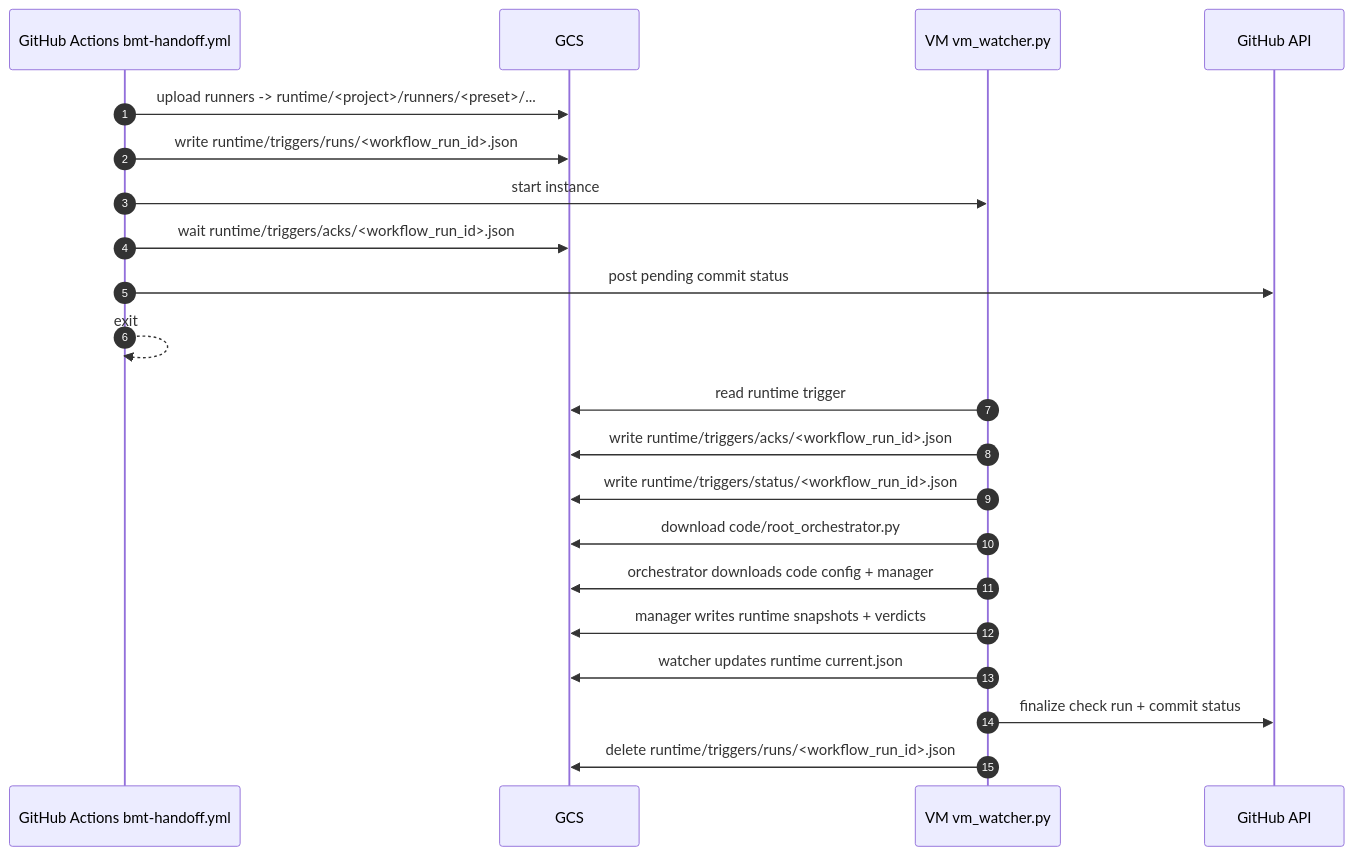
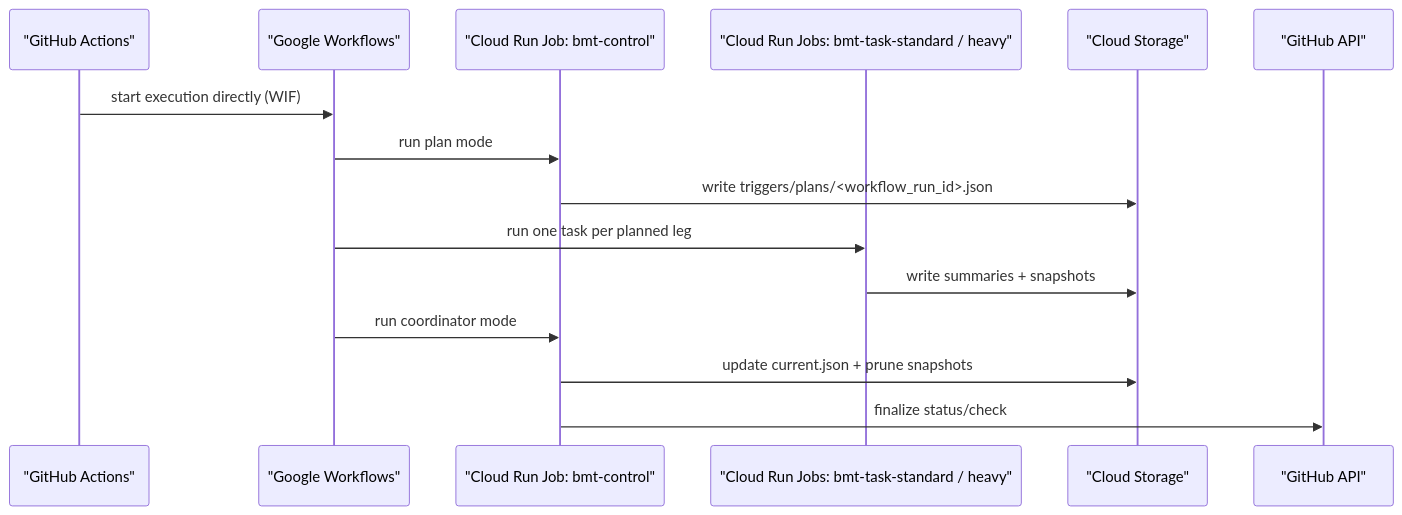
Before and after one commit to klugman-yanai/bmt-gate-sandbox: the diagram in docs/architecture.md, drawn with Mermaid. The commit also changed other lines of this file and 387 other files, not shown here.

First line of the commit message:
ci: BMT gate on Cloud Run — workflows, runtime, docs, and tooling

````diff
--- a/docs/architecture.md
+++ b/docs/architecture.md
@@ -13,25 +5,18 @@
 ```mermaid
 sequenceDiagram
-    autonumber
-    participant CI as GitHub Actions bmt-handoff.yml
-    participant GCS as GCS
-    participant VM as VM vm_watcher.py
-    participant GH as GitHub API
+    participant GH as "GitHub Actions"
+    participant WF as "Google Workflows"
+    participant CTRL as "Cloud Run Job: bmt-control"
+    participant TASKS as "Cloud Run Jobs: bmt-task-standard / heavy"
+    participant GCS as "Cloud Storage"
+    participant API as "GitHub API"
 
-    CI->>GCS: upload runners -> runtime/<project>/runners/<preset>/...
-    CI->>GCS: write runtime/triggers/runs/<workflow_run_id>.json
-    CI->>VM: start instance
-    CI->>GCS: wait runtime/triggers/acks/<workflow_run_id>.json
-    CI->>GH: post pending commit status
-    CI-->>CI: exit
-
-    VM->>GCS: read runtime trigger
-    VM->>GCS: write runtime/triggers/acks/<workflow_run_id>.json
-    VM->>GCS: write runtime/triggers/status/<workflow_run_id>.json
-    VM->>GCS: download code/root_orchestrator.py
-    VM->>GCS: orchestrator downloads code config + manager
-    VM->>GCS: manager writes runtime snapshots + verdicts
-    VM->>GCS: watcher updates runtime current.json
-    VM->>GH: finalize check run + commit status
-    VM->>GCS: delete runtime/triggers/runs/<workflow_run_id>.json
+    GH->>WF: start execution directly (WIF)
+    WF->>CTRL: run plan mode
+    CTRL->>GCS: write triggers/plans/<workflow_run_id>.json
+    WF->>TASKS: run one task per planned leg
+    TASKS->>GCS: write summaries + snapshots
+    WF->>CTRL: run coordinator mode
+    CTRL->>GCS: update current.json + prune snapshots
+    CTRL->>API: finalize status/check
 ```
````
